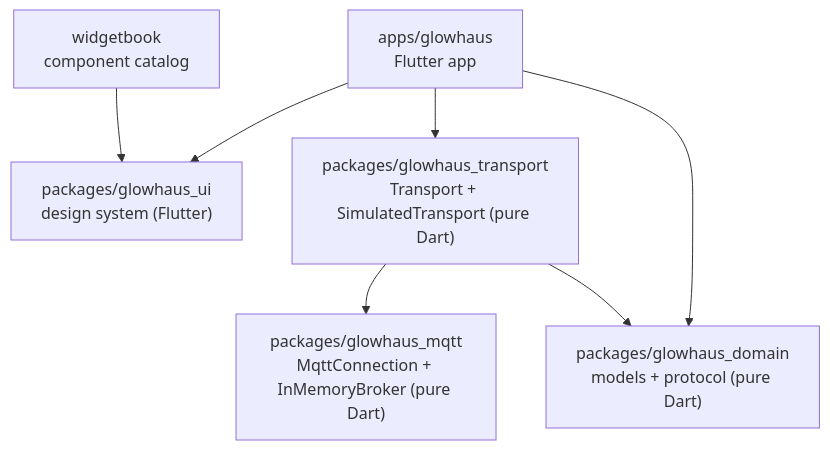
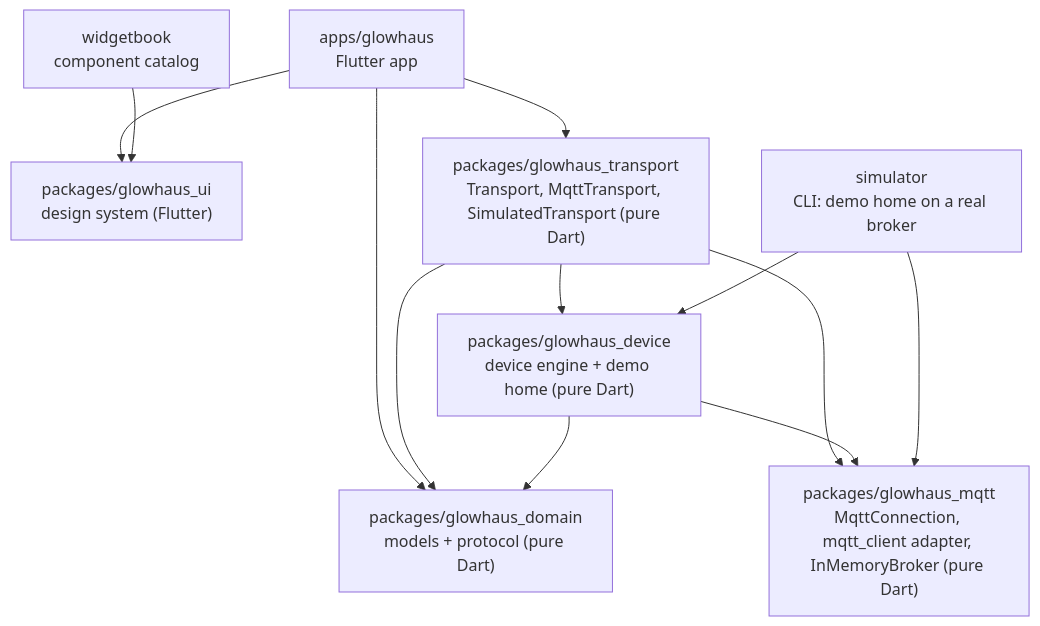
The first of 2 diagrams in docs/architecture.md (DannyMohajer/glowhaus), drawn with Mermaid before and after one commit. The commit also changed other lines of this file and 28 other files, not shown here.

````diff
--- a/docs/architecture.md
+++ b/docs/architecture.md
@@ -10,16 +10,23 @@
 ```mermaid
 graph TD
   app["apps/glowhaus<br/>Flutter app"]
   wb["widgetbook<br/>component catalog"]
   ui["packages/glowhaus_ui<br/>design system (Flutter)"]
-  transport["packages/glowhaus_transport<br/>Transport + SimulatedTransport (pure Dart)"]
-  mqtt["packages/glowhaus_mqtt<br/>MqttConnection + InMemoryBroker (pure Dart)"]
+  transport["packages/glowhaus_transport<br/>Transport, MqttTransport, SimulatedTransport (pure Dart)"]
+  device["packages/glowhaus_device<br/>device engine + demo home (pure Dart)"]
+  sim["simulator<br/>CLI: demo home on a real broker"]
+  mqtt["packages/glowhaus_mqtt<br/>MqttConnection, mqtt_client adapter, InMemoryBroker (pure Dart)"]
   domain["packages/glowhaus_domain<br/>models + protocol (pure Dart)"]
 
   app --> ui
   app --> transport
   app --> domain
   wb --> ui
   transport --> domain
   transport --> mqtt
+  transport --> device
+  device --> domain
+  device --> mqtt
+  sim --> device
+  sim --> mqtt
 ```
````
